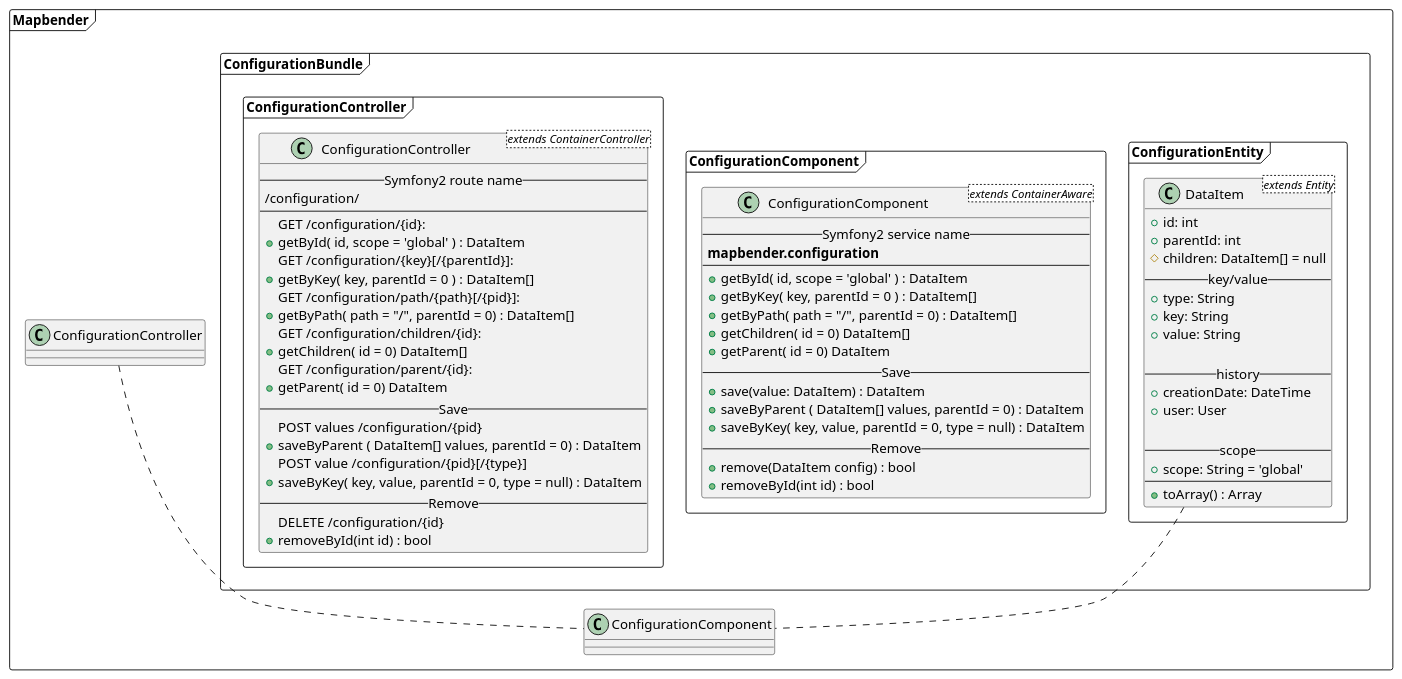
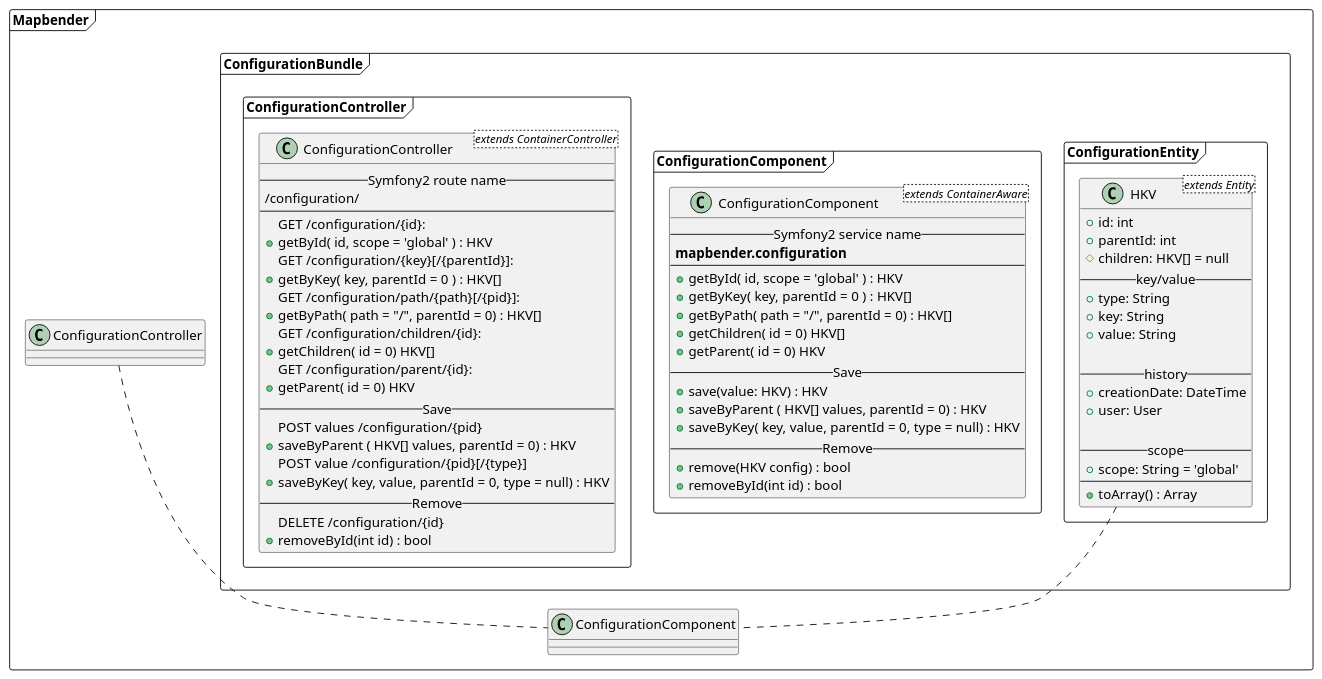
One commit to eSlider/configurator changed the diagram in Documents/API.puml. Above: the diagram before and after it, drawn with PlantUML. The commit also changed 1 other file, not shown here.

Commit message:
Rename documented DataItem to HKV

```diff
--- a/Documents/API.puml
+++ b/Documents/API.puml
@@ -1,75 +1,75 @@
 @startuml
 package Mapbender <<Frame>> {
   package ConfigurationBundle <<frame>> {
     package ConfigurationEntity <<frame>> {
-      class DataItem <extends Entity> {
+      class HKV <extends Entity> {
         + id: int
         + parentId: int
-        # children: DataItem[] = null
+        # children: HKV[] = null
         -- key/value --
         + type: String
         + key: String
         + value: String
 
         -- history --
         + creationDate: DateTime
         + user: User
 
         -- scope --
         + scope: String = 'global'
         --
         + toArray() : Array
       }
     }
 
     package ConfigurationComponent <<frame>> {
       class ConfigurationComponent <extends ContainerAware> {
         -- Symfony2 service name --
         **mapbender.configuration**
         --
-        + getById( id, scope = 'global' ) : DataItem
-        + getByKey( key, parentId = 0 ) : DataItem[]
-        + getByPath( path = "/", parentId = 0) : DataItem[]
-        + getChildren( id = 0) DataItem[]
-        + getParent( id = 0) DataItem
+        + getById( id, scope = 'global' ) : HKV
+        + getByKey( key, parentId = 0 ) : HKV[]
+        + getByPath( path = "/", parentId = 0) : HKV[]
+        + getChildren( id = 0) HKV[]
+        + getParent( id = 0) HKV
         -- Save --
-        + save(value: DataItem) : DataItem
-        + saveByParent ( DataItem[] values, parentId = 0) : DataItem
-        + saveByKey( key, value, parentId = 0, type = null) : DataItem
+        + save(value: HKV) : HKV
+        + saveByParent ( HKV[] values, parentId = 0) : HKV
+        + saveByKey( key, value, parentId = 0, type = null) : HKV
         -- Remove --
-        + remove(DataItem config) : bool
+        + remove(HKV config) : bool
         + removeById(int id) : bool
       }
     }
     package ConfigurationController <<frame>> {
       class ConfigurationController <extends ContainerController> {
         -- Symfony2 route name --
         /configuration/
         --
         GET /configuration/{id}:
-        + getById( id, scope = 'global' ) : DataItem
+        + getById( id, scope = 'global' ) : HKV
         GET /configuration/{key}[/{parentId}]:
-        + getByKey( key, parentId = 0 ) : DataItem[]
+        + getByKey( key, parentId = 0 ) : HKV[]
         GET /configuration/path/{path}[/{pid}]:
-        + getByPath( path = "/", parentId = 0) : DataItem[]
+        + getByPath( path = "/", parentId = 0) : HKV[]
         GET /configuration/children/{id}:
-        + getChildren( id = 0) DataItem[]
+        + getChildren( id = 0) HKV[]
         GET /configuration/parent/{id}:
-        + getParent( id = 0) DataItem
+        + getParent( id = 0) HKV
         -- Save --
         POST values /configuration/{pid}
-        + saveByParent ( DataItem[] values, parentId = 0) : DataItem
+        + saveByParent ( HKV[] values, parentId = 0) : HKV
         POST value /configuration/{pid}[/{type}]
-        + saveByKey( key, value, parentId = 0, type = null) : DataItem
+        + saveByKey( key, value, parentId = 0, type = null) : HKV
         -- Remove --
         DELETE /configuration/{id}
         + removeById(int id) : bool
       }
     }
   }
 
-  DataItem .. ConfigurationComponent
+  HKV .. ConfigurationComponent
   ConfigurationController .. ConfigurationComponent
 }
 
 @enduml
```
